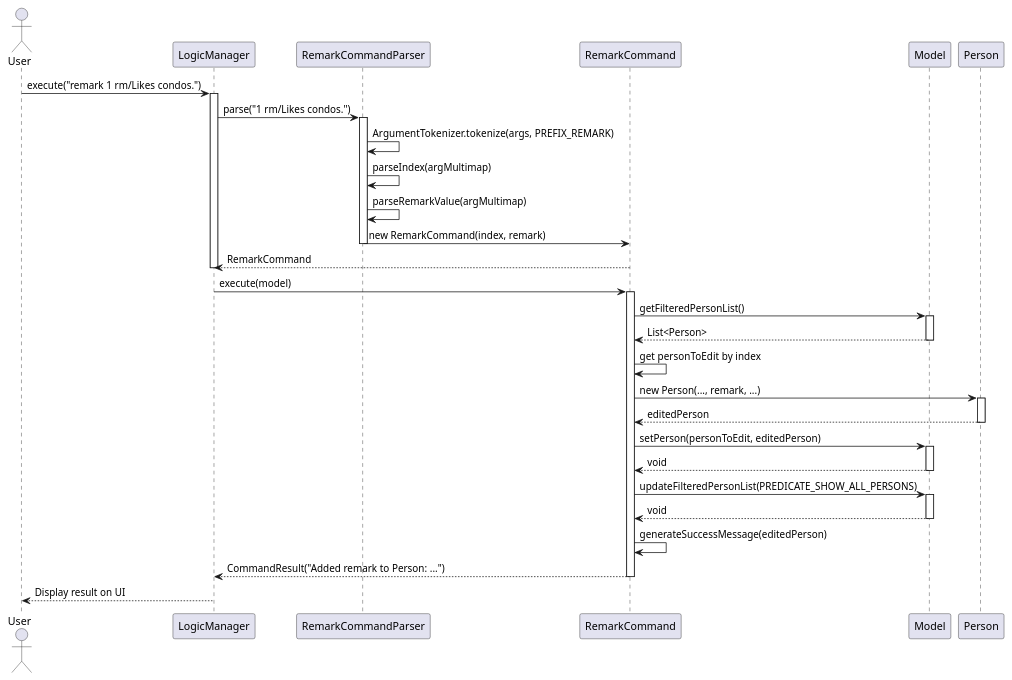
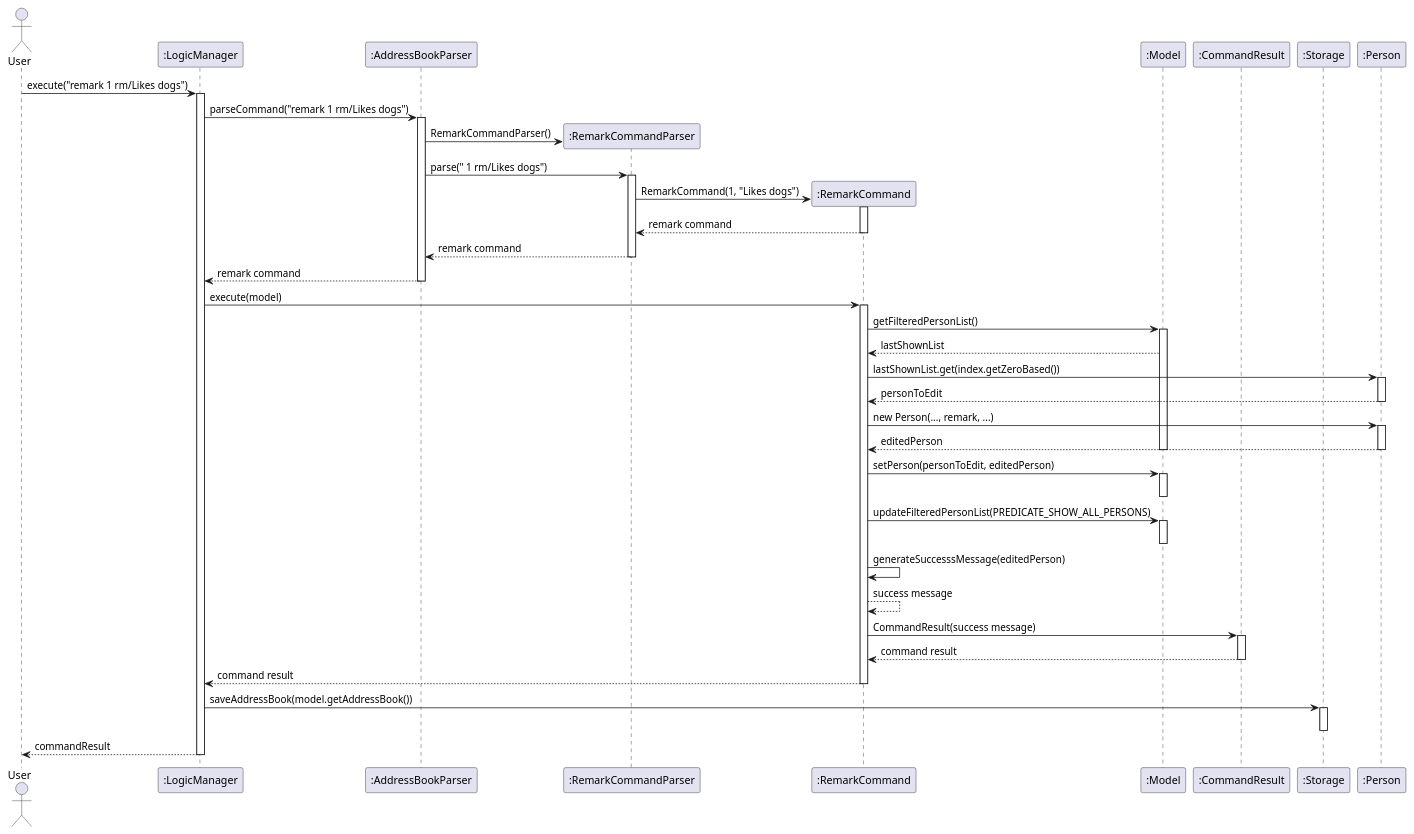
The diagram in docs/diagrams/add-remark/RemarkSequence.puml (Kimberlee97/tp), drawn with PlantUML before and after one commit.

Commit message:
Add Remark sequence diagram

```diff
--- a/docs/diagrams/add-remark/RemarkSequence.puml
+++ b/docs/diagrams/add-remark/RemarkSequence.puml
@@ -1,54 +1,77 @@
 @startuml
 actor User
-participant "LogicManager" as LM
-participant "RemarkCommandParser" as RCP
-participant "RemarkCommand" as RC
-participant "Model" as M
-participant "Person" as P
 
-User -> LM : execute("remark 1 rm/Likes condos.")
-activate LM
+participant ":LogicManager" as Logic
+participant ":AddressBookParser" as ABP
+participant ":RemarkCommandParser" as RCP
+participant ":RemarkCommand" as RC
+participant ":Model" as Model
+participant ":CommandResult" as CR
+participant ":Storage" as Storage
+participant ":Person" as P
 
-LM -> RCP : parse("1 rm/Likes condos.")
+User -> Logic : execute("remark 1 rm/Likes dogs")
+activate Logic
+
+Logic -> ABP : parseCommand("remark 1 rm/Likes dogs")
+activate ABP
+
+create RCP
+ABP -> RCP : RemarkCommandParser()
+ABP -> RCP : parse(" 1 rm/Likes dogs")
 activate RCP
 
-RCP -> RCP : ArgumentTokenizer.tokenize(args, PREFIX_REMARK)
-RCP -> RCP : parseIndex(argMultimap)
-RCP -> RCP : parseRemarkValue(argMultimap)
-RCP -> RC : new RemarkCommand(index, remark)
+create RC
+RCP -> RC : RemarkCommand(1, "Likes dogs")
+activate RC
+RC --> RCP : remark command
+deactivate RC
+
+RCP --> ABP : remark command
 deactivate RCP
 
-LM <-- RC : RemarkCommand
-deactivate LM
+ABP --> Logic : remark command
+deactivate ABP
 
-LM -> RC : execute(model)
+Logic -> RC : execute(model)
 activate RC
 
-RC -> M : getFilteredPersonList()
-activate M
-M --> RC : List<Person>
-deactivate M
-
-RC -> RC : get personToEdit by index
+RC -> Model : getFilteredPersonList()
+activate Model
+Model --> RC : lastShownList
+RC -> P : lastShownList.get(index.getZeroBased())
+activate P
+P --> RC : personToEdit
+deactivate P
 RC -> P : new Person(..., remark, ...)
 activate P
 P --> RC : editedPerson
 deactivate P
+deactivate Model
 
-RC -> M : setPerson(personToEdit, editedPerson)
-activate M
-M --> RC : void
-deactivate M
+RC -> Model : setPerson(personToEdit, editedPerson)
+activate Model
+deactivate Model
 
-RC -> M : updateFilteredPersonList(PREDICATE_SHOW_ALL_PERSONS)
-activate M
-M --> RC : void
-deactivate M
+RC -> Model : updateFilteredPersonList(PREDICATE_SHOW_ALL_PERSONS)
+activate Model
+deactivate Model
 
-RC -> RC : generateSuccessMessage(editedPerson)
-RC --> LM : CommandResult("Added remark to Person: ...")
+RC -> RC : generateSuccesssMessage(editedPerson)
+RC --> RC : success message
+RC -> CR : CommandResult(success message)
+activate CR
+CR --> RC : command result
+deactivate CR
+
+RC --> Logic : command result
 deactivate RC
 
-LM --> User : Display result on UI
-deactivate LM
+Logic -> Storage : saveAddressBook(model.getAddressBook())
+activate Storage
+deactivate Storage
+
+Logic --> User : commandResult
+deactivate Logic
+
 @enduml
```
